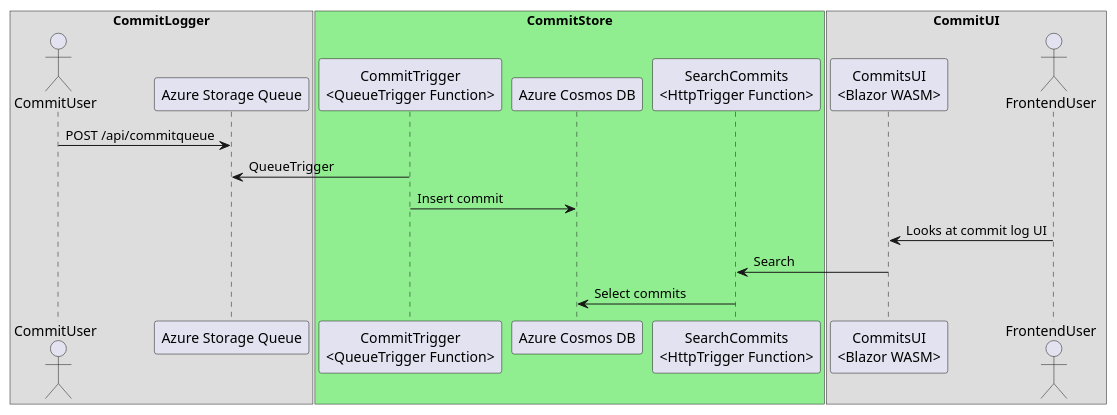
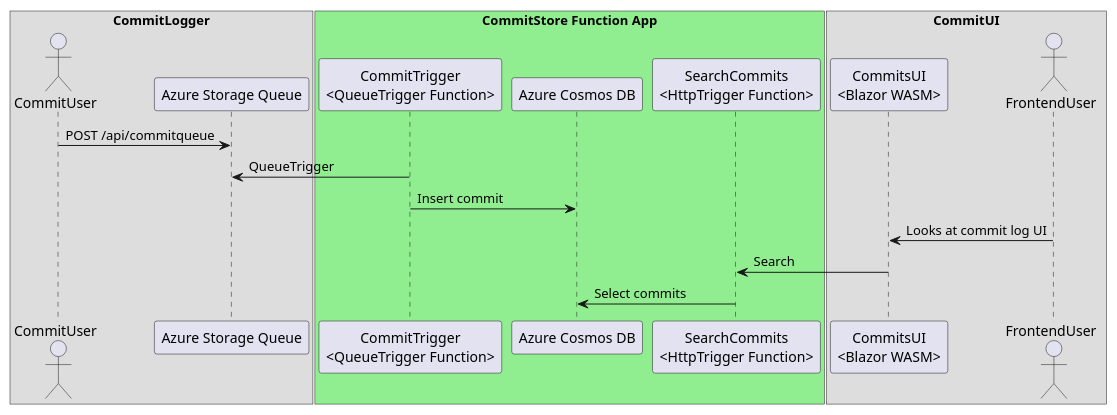
The diagram in docs/big_picture_diagram.puml (dalager/gitcommitstore), drawn with PlantUML before and after one commit.

Commit message:
Updating diagram

```diff
--- a/docs/big_picture_diagram.puml
+++ b/docs/big_picture_diagram.puml
@@ -1,25 +1,25 @@
 @startuml big_picture_diagram
 
 box "CommitLogger"
 Actor "CommitUser" as U
 Participant "Azure Storage Queue" as Q
 end box
 
-box "CommitStore" #LightGreen
+box "CommitStore Function App" #LightGreen
 Participant "CommitTrigger\n<QueueTrigger Function>" as commitTrigger
 Participant "Azure Cosmos DB" as Db
 Participant "SearchCommits\n<HttpTrigger Function>" as searchFunc
 end box
 
 box "CommitUI"
 Participant "CommitsUI\n<Blazor WASM>" as W
 Actor "FrontendUser" as FU
 end box
 U -> Q: POST /api/commitqueue
 commitTrigger -> Q: QueueTrigger
 commitTrigger -> Db : Insert commit
 FU -> W: Looks at commit log UI
 W -> searchFunc : Search
 searchFunc -> Db : Select commits
 
 @enduml
```
